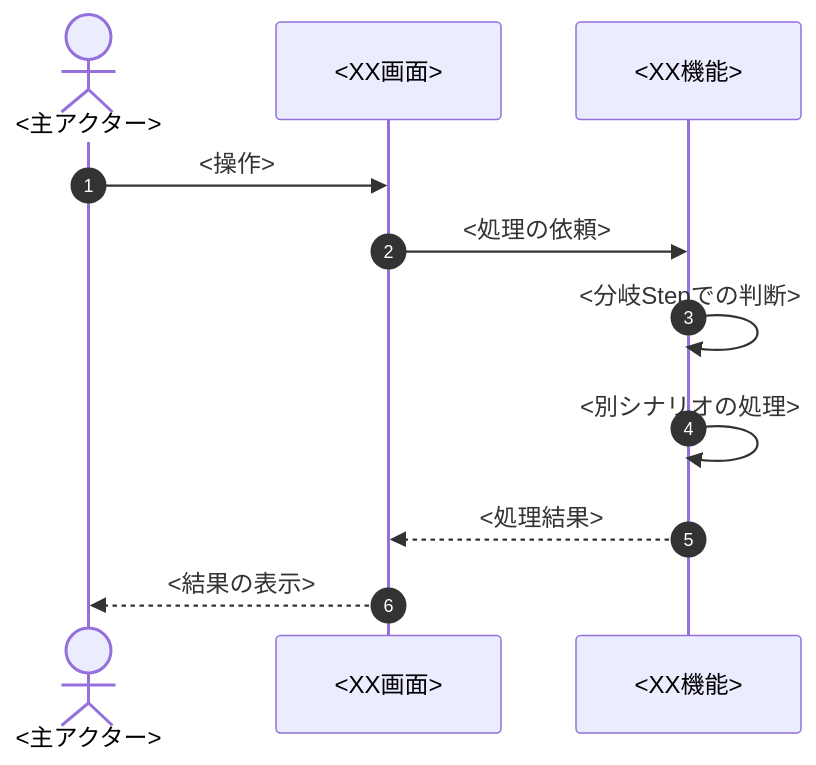
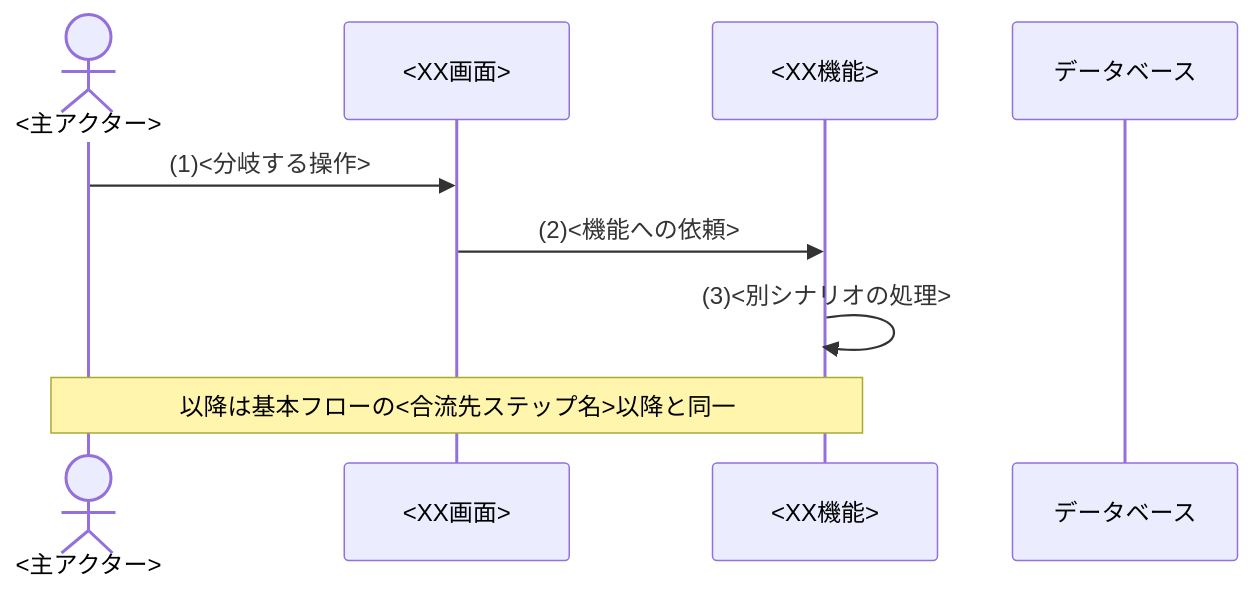
One commit to sikakou54/system-document-template changed the second of 4 diagrams in テンプレート/02_機能要件.md. Above: the diagram before and after it, drawn with Mermaid. The commit also changed other lines of this file and 6 other files, not shown here.

````diff
--- a/テンプレート/02_機能要件.md
+++ b/テンプレート/02_機能要件.md
@@ -169,13 +178,11 @@
 ```mermaid
 sequenceDiagram
-    autonumber
     actor U as <主アクター>
     participant SCR as <XX画面>
     participant FUNC as <XX機能>
-    U->>SCR: <操作>
-    SCR->>FUNC: <処理の依頼>
-    FUNC->>FUNC: <分岐Stepでの判断>
-    FUNC->>FUNC: <別シナリオの処理>
-    FUNC-->>SCR: <処理結果>
-    SCR-->>U: <結果の表示>
+    participant DB as データベース
+    U->>SCR: (1)<分岐する操作>
+    SCR->>FUNC: (2)<機能への依頼>
+    FUNC->>FUNC: (3)<別シナリオの処理>
+    Note over U,FUNC: 以降は基本フローの<合流先ステップ名>以降と同一
 ```
````
